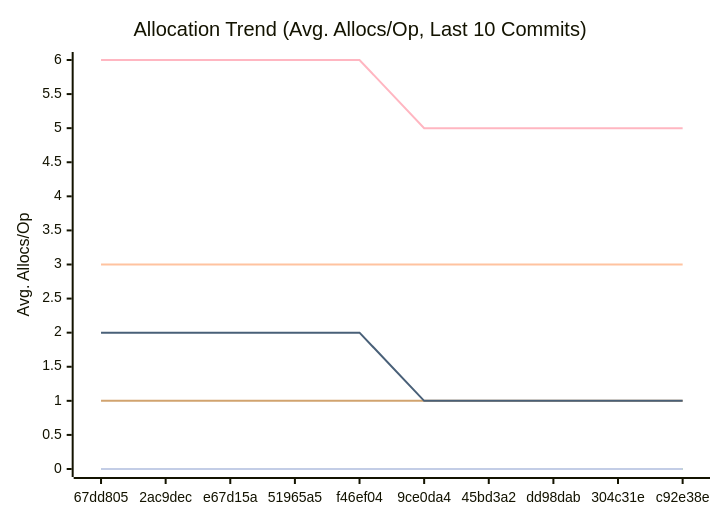
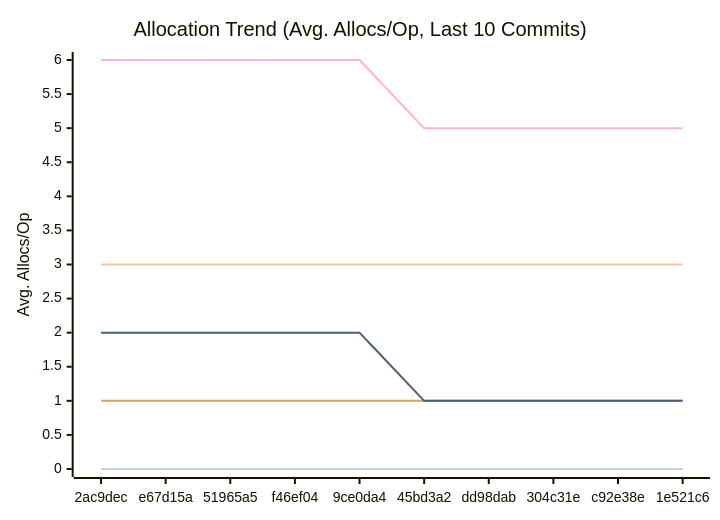
One commit to alsotoes/momo changed the third of 3 diagrams in docs/PERFORMANCE.md. Above: the diagram before and after it, drawn with Mermaid. The commit also changed other lines of this file and 5 other files, not shown here.

````diff
--- a/docs/PERFORMANCE.md
+++ b/docs/PERFORMANCE.md
@@ -114,16 +114,16 @@
 ```mermaid
 xychart-beta
     title "Allocation Trend (Avg. Allocs/Op, Last 10 Commits)"
     x-axis "Commit"
     y-axis "Avg. Allocs/Op"
-    x-axis [67dd805,2ac9dec,e67d15a,51965a5,f46ef04,9ce0da4,45bd3a2,dd98dab,304c31e,c92e38e]
+    x-axis [2ac9dec,e67d15a,51965a5,f46ef04,9ce0da4,45bd3a2,dd98dab,304c31e,c92e38e,1e521c6]
     line "CheckMetricsAndSwap" [0,0,0,0,0,0,0,0,0,0]
     line "CrushOptimized" [0,0,0,0,0,0,0,0,0,0]
     line "CrushOriginal" [3,3,3,3,3,3,3,3,3,3]
     line "IndexDirectTracking" [0,0,0,0,0,0,0,0,0,0]
     line "IndexSearch" [0,0,0,0,0,0,0,0,0,0]
     line "LoadGlobalConfig" [1,1,1,1,1,1,1,1,1,1]
     line "PadString" [0,0,0,0,0,0,0,0,0,0]
     line "ParseReplicationOrder_NoPrealloc" [6,6,6,6,6,5,5,5,5,5]
     line "ParseReplicationOrder_Prealloc" [2,2,2,2,2,1,1,1,1,1]
 ```
````
